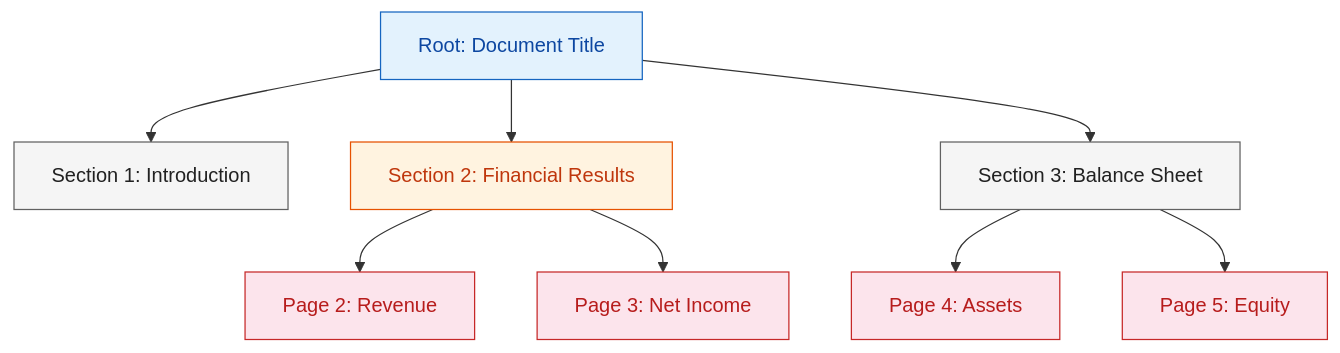
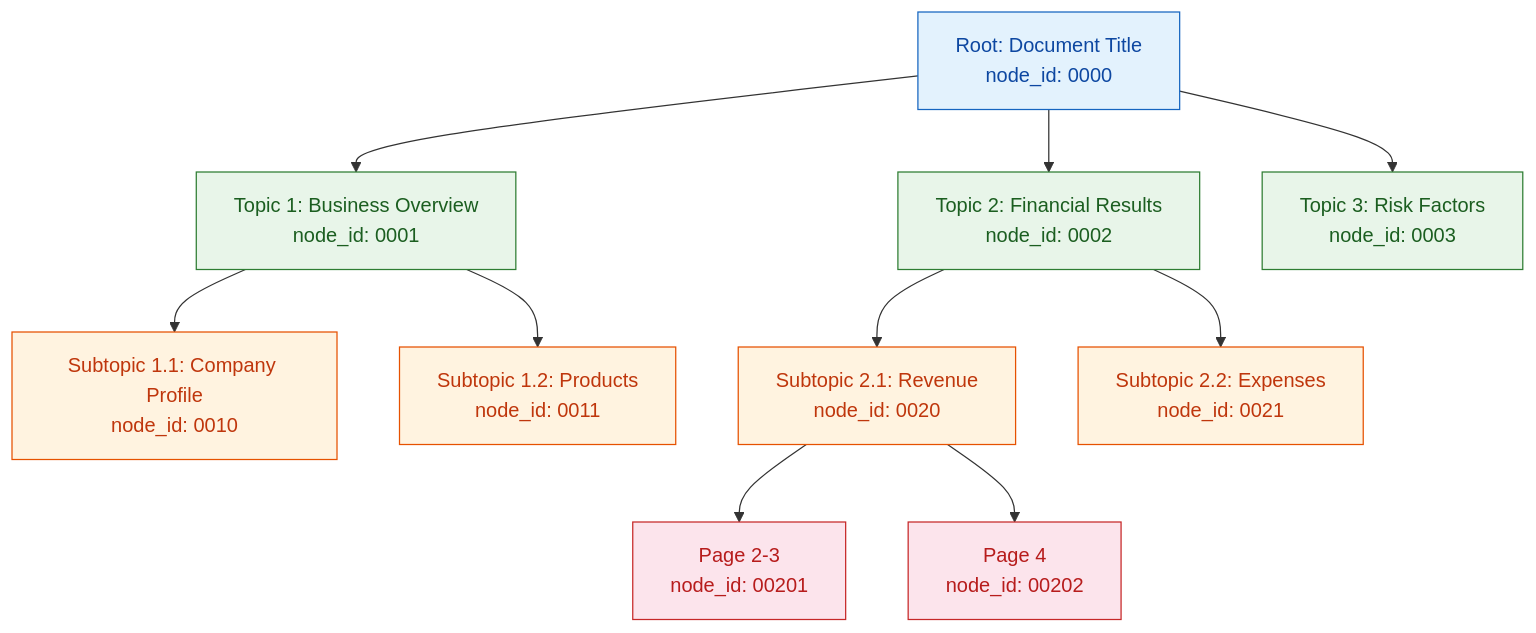
The third of 6 diagrams in lab1/lab1_vectorless_rag.md (AyushSinghRana15/Vectorless-RAG), drawn with Mermaid before and after one commit.

Commit message:
Make tree structure more modular with 3 levels and generic naming

````diff
--- a/lab1/lab1_vectorless_rag.md
+++ b/lab1/lab1_vectorless_rag.md
@@ -93,21 +93,28 @@
 ```mermaid
 graph TD
-    R["Root: Document Title"] --> A["Section 1: Introduction"]
-    R --> B["Section 2: Financial Results"]
-    R --> C["Section 3: Balance Sheet"]
+    R["Root: Document Title<br/>node_id: 0000"]
 
-    B --> B1["Page 2: Revenue"]
-    B --> B2["Page 3: Net Income"]
+    R --> A["Topic 1: Business Overview<br/>node_id: 0001"]
+    R --> B["Topic 2: Financial Results<br/>node_id: 0002"]
+    R --> C["Topic 3: Risk Factors<br/>node_id: 0003"]
 
-    C --> C1["Page 4: Assets"]
-    C --> C2["Page 5: Equity"]
+    A --> A1["Subtopic 1.1: Company Profile<br/>node_id: 0010"]
+    A --> A2["Subtopic 1.2: Products<br/>node_id: 0011"]
+
+    B --> B1["Subtopic 2.1: Revenue<br/>node_id: 0020"]
+    B --> B2["Subtopic 2.2: Expenses<br/>node_id: 0021"]
+
+    B1 --> B1a["Page 2-3<br/>node_id: 00201"]
+    B1 --> B1b["Page 4<br/>node_id: 00202"]
 
     style R fill:#e3f2fd,stroke:#1565c0,color:#0d47a1
-    style A fill:#f5f5f5,stroke:#616161,color:#212121
-    style B fill:#fff3e0,stroke:#e65100,color:#bf360c
-    style C fill:#f5f5f5,stroke:#616161,color:#212121
-    style B1 fill:#fce4ec,stroke:#c62828,color:#b71c1c
-    style B2 fill:#fce4ec,stroke:#c62828,color:#b71c1c
-    style C1 fill:#fce4ec,stroke:#c62828,color:#b71c1c
-    style C2 fill:#fce4ec,stroke:#c62828,color:#b71c1c
+    style A fill:#e8f5e9,stroke:#2e7d32,color:#1b5e20
+    style B fill:#e8f5e9,stroke:#2e7d32,color:#1b5e20
+    style C fill:#e8f5e9,stroke:#2e7d32,color:#1b5e20
+    style A1 fill:#fff3e0,stroke:#e65100,color:#bf360c
+    style A2 fill:#fff3e0,stroke:#e65100,color:#bf360c
+    style B1 fill:#fff3e0,stroke:#e65100,color:#bf360c
+    style B2 fill:#fff3e0,stroke:#e65100,color:#bf360c
+    style B1a fill:#fce4ec,stroke:#c62828,color:#b71c1c
+    style B1b fill:#fce4ec,stroke:#c62828,color:#b71c1c
 ```
````
